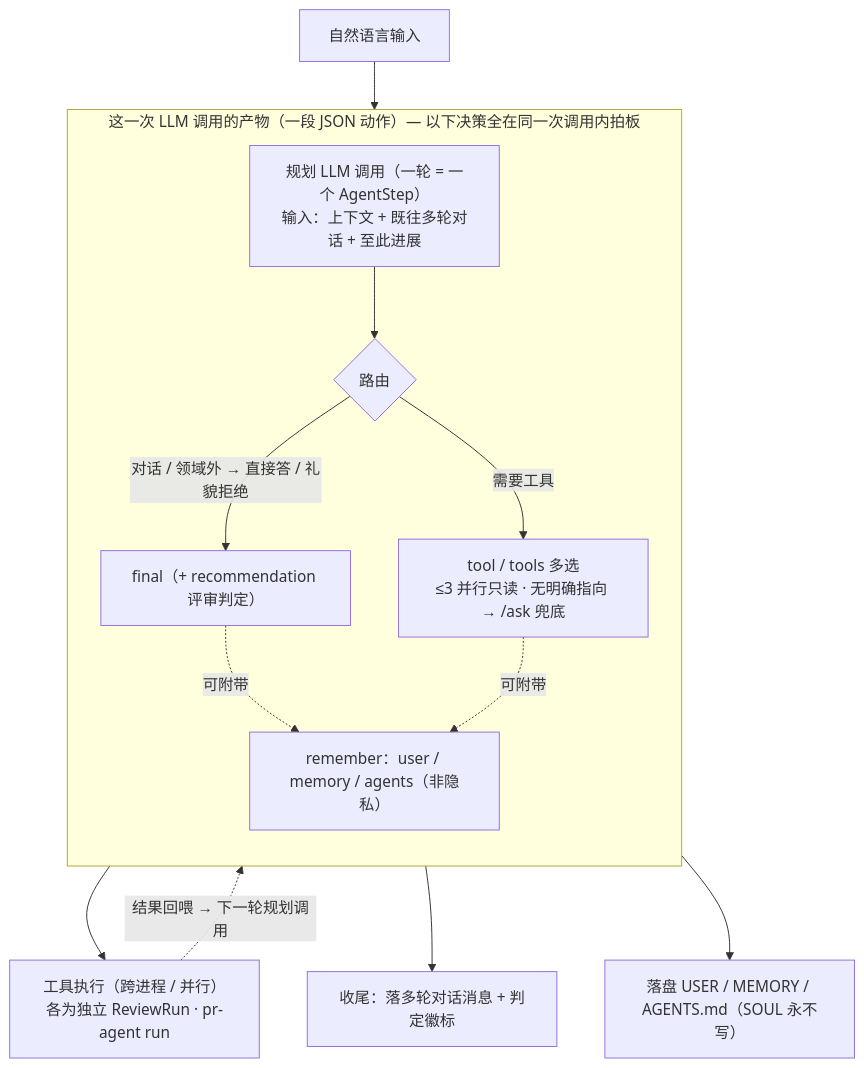
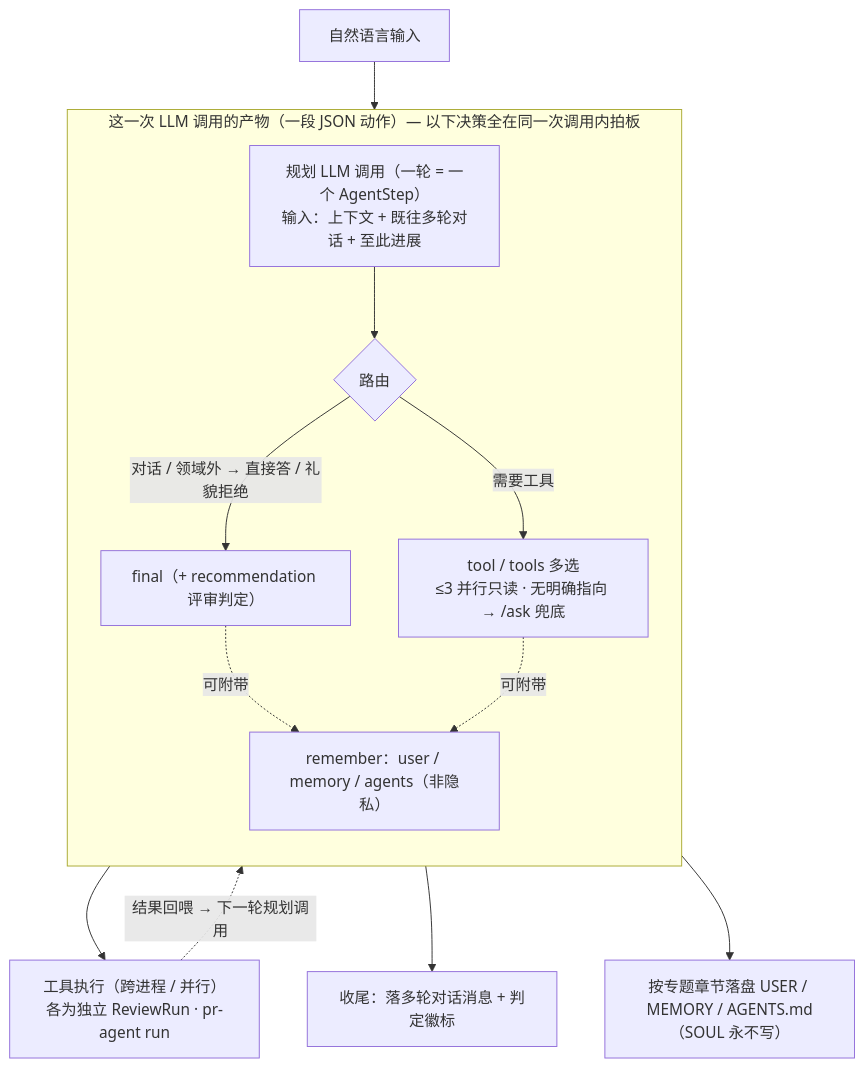
One commit to huhamhire/code-meeseeks changed the first of 2 diagrams in docs/arch/06-agent.md. Above: the diagram before and after it, drawn with Mermaid. The commit also changed other lines of this file and 5 other files, not shown here.

````diff
--- a/docs/arch/06-agent.md
+++ b/docs/arch/06-agent.md
@@ -155,18 +158,18 @@
 ```mermaid
 flowchart TD
     U["自然语言输入"] --> CALL["规划 LLM 调用（一轮 = 一个 AgentStep）<br/>输入：上下文 + 既往多轮对话 + 至此进展"]
 
     subgraph ONECALL["这一次 LLM 调用的产物（一段 JSON 动作）— 以下决策全在同一次调用内拍板"]
         direction TB
         CALL --> ROUTE{"路由"}
         ROUTE -- "对话 / 领域外 → 直接答 / 礼貌拒绝" --> FIN["final（+ recommendation 评审判定）"]
         ROUTE -- "需要工具" --> SEL["tool / tools 多选<br/>≤3 并行只读 · 无明确指向 → /ask 兜底"]
         FIN -. 可附带 .-> REM["remember：user / memory / agents（非隐私）"]
         SEL -. 可附带 .-> REM
     end
 
     SEL --> EXEC["工具执行（跨进程 / 并行）<br/>各为独立 ReviewRun · pr-agent run"]
     EXEC -. "结果回喂 → 下一轮规划调用" .-> CALL
     FIN --> DONE["收尾：落多轮对话消息 + 判定徽标"]
-    REM --> MEM["落盘 USER / MEMORY / AGENTS.md（SOUL 永不写）"]
+    REM --> MEM["按专题章节落盘 USER / MEMORY / AGENTS.md（SOUL 永不写）"]
 ```
````
